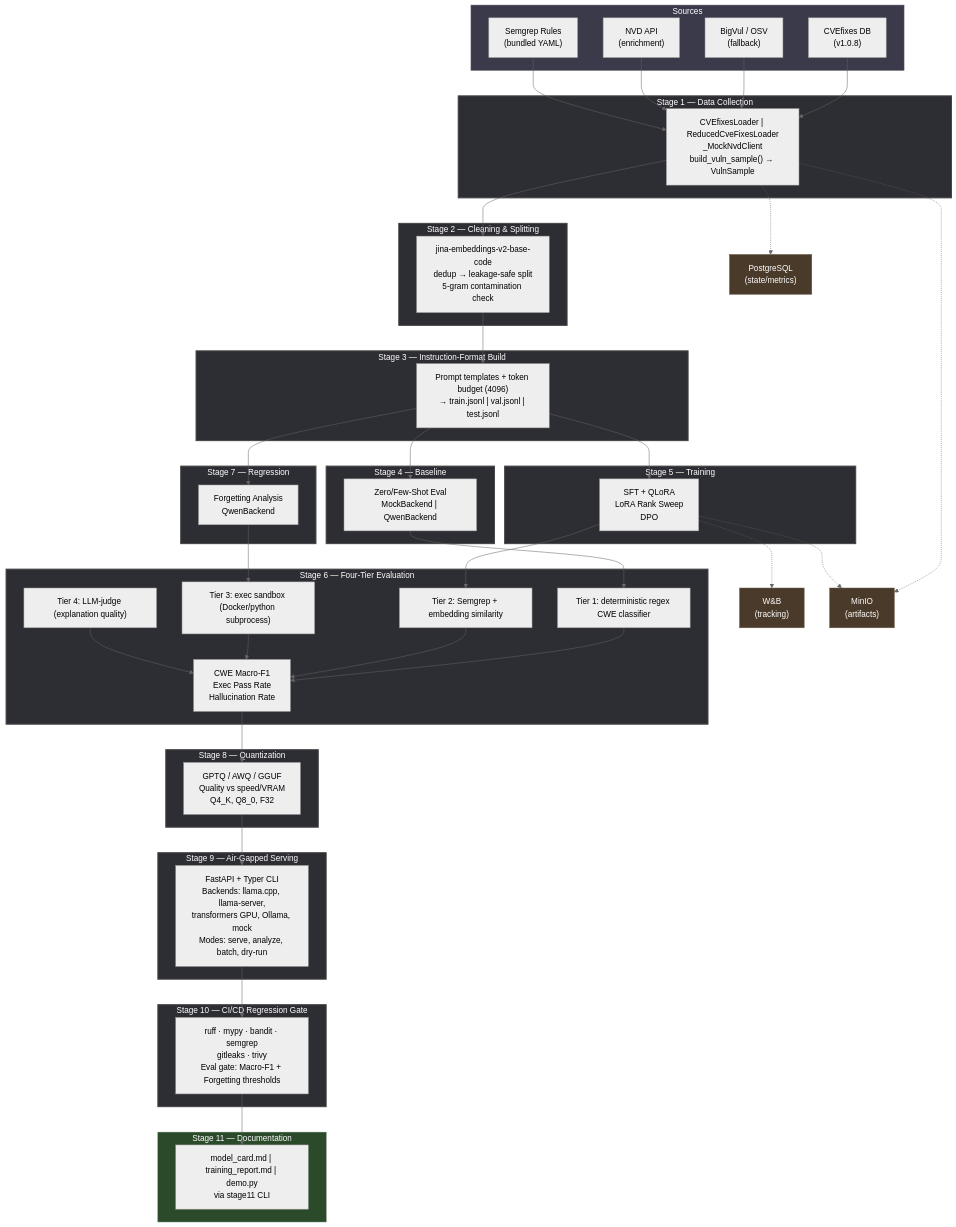
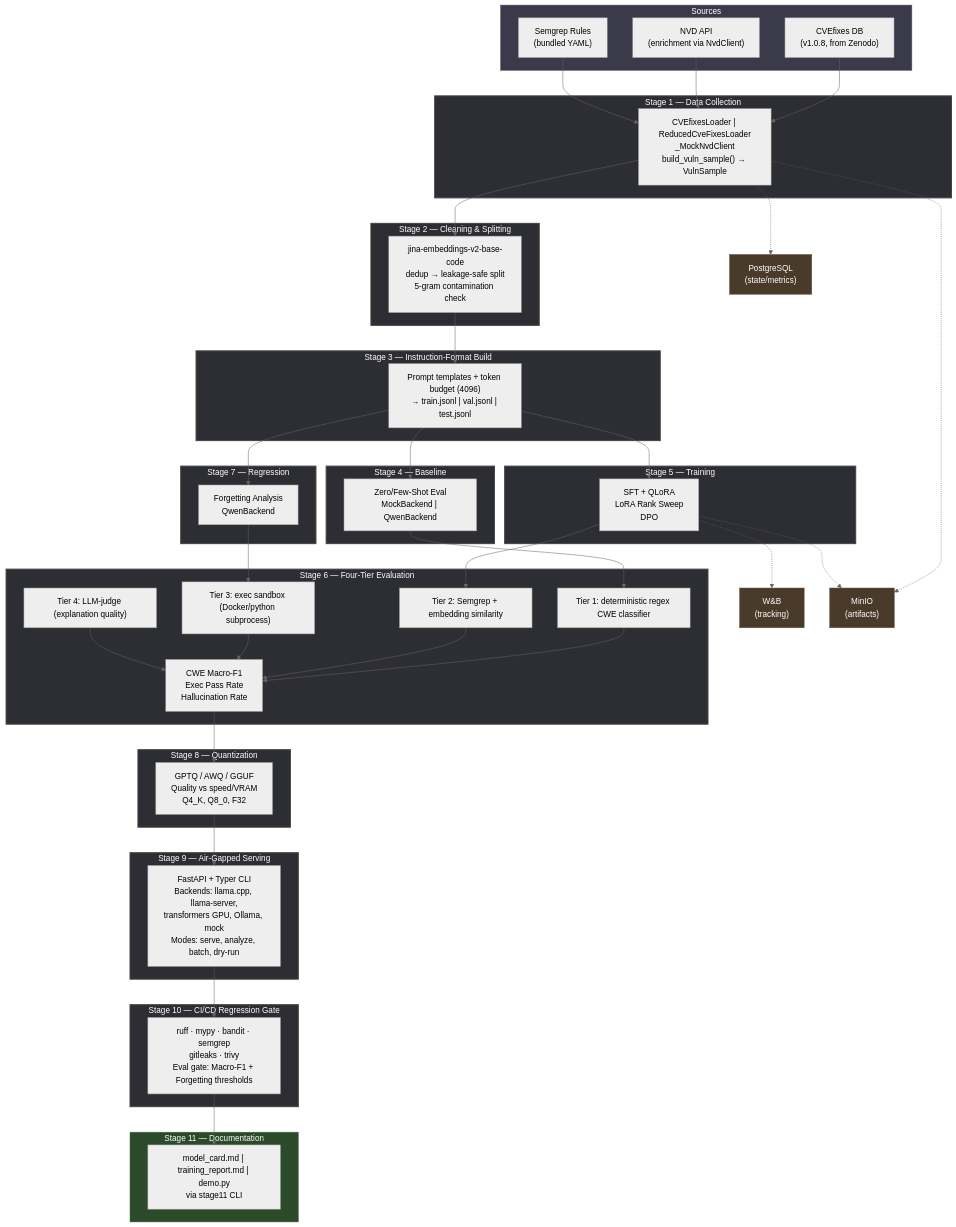
The diagram in README.md (Hasan26ozcan/vuln-triage-harness), drawn with Mermaid (neutral theme) before and after one commit. The commit also changed other lines of this file, not shown here.

````diff
--- a/README.md
+++ b/README.md
@@ -174,9 +174,8 @@
 ```mermaid
 flowchart TD
     subgraph Sources
-        CVEfixes["CVEfixes DB<br/>(v1.0.8)"]
-        BigVul["BigVul / OSV<br/>(fallback)"]
-        NVD["NVD API<br/>(enrichment)"]
+        CVEfixes["CVEfixes DB<br/>(v1.0.8, from Zenodo)"]
+        NVD["NVD API<br/>(enrichment via NvdClient)"]
         Semgrep["Semgrep Rules<br/>(bundled YAML)"]
     end
 
@@ -233,7 +232,6 @@
     MinIO["MinIO<br/>(artifacts)"]
 
     CVEfixes --> S1
-    BigVul --> S1
     NVD --> S1
     Semgrep --> S1
     S1 --> S2
````
